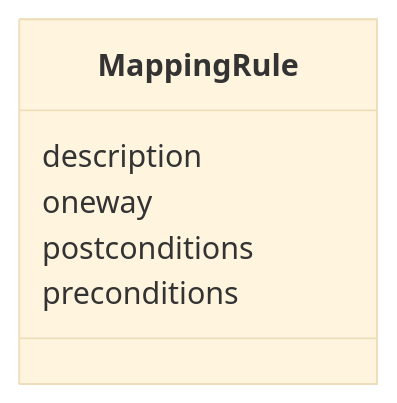
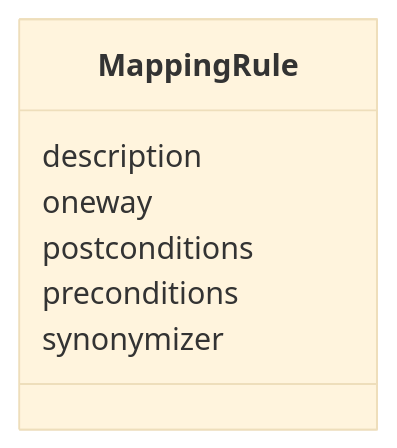
Before and after one commit to INCATools/ontology-access-kit: the diagram in mapping-rules/MappingRule.md, drawn with Mermaid (base theme). The commit also changed other lines of this file and 117 other files, not shown here.

````diff
--- a/mapping-rules/MappingRule.md
+++ b/mapping-rules/MappingRule.md
@@ -13,9 +13,10 @@
 ```{mermaid}
  classDiagram
     class MappingRule
       MappingRule : description
       MappingRule : oneway
       MappingRule : postconditions
       MappingRule : preconditions
+      MappingRule : synonymizer
       
 ```
````
